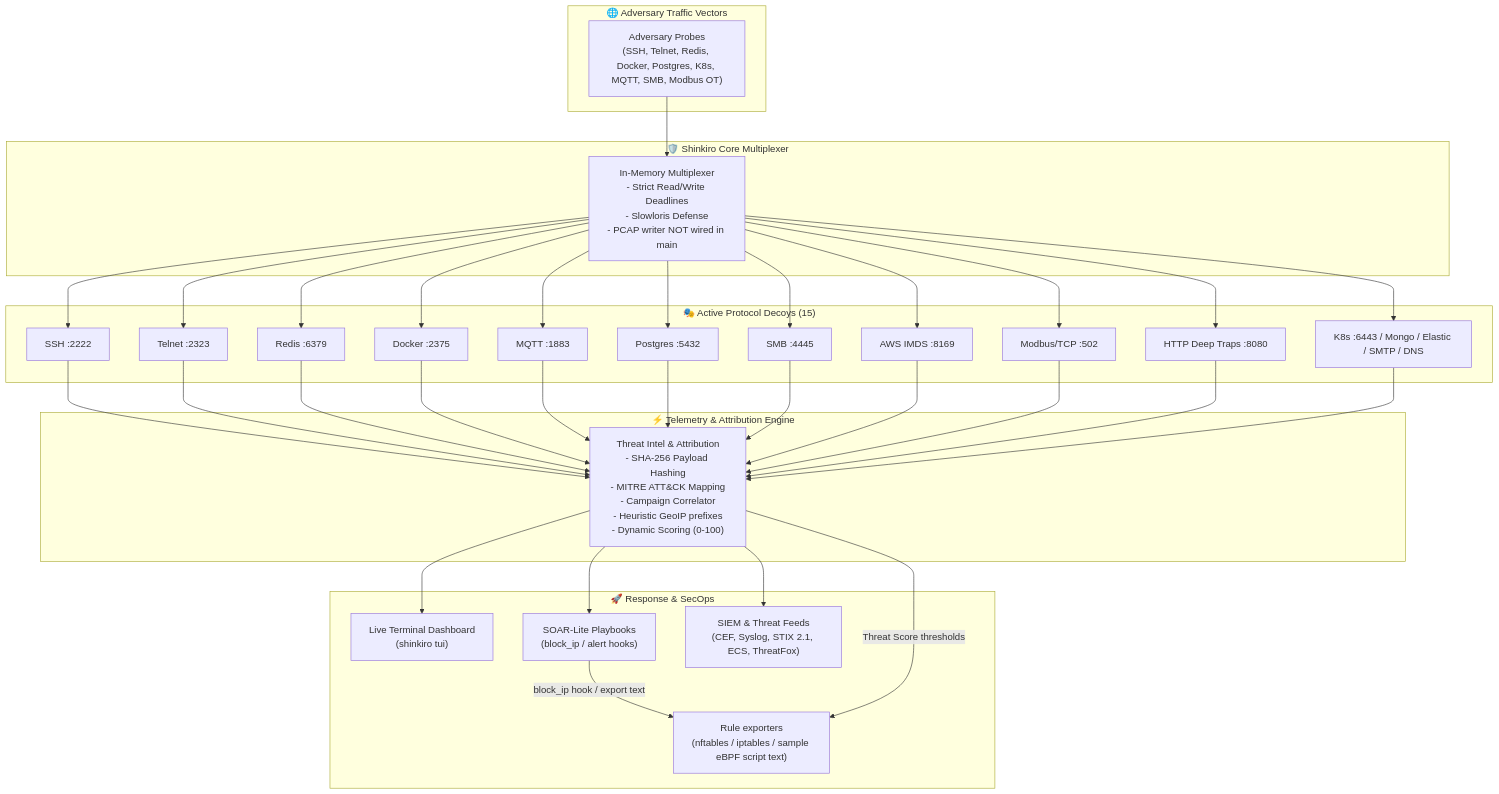
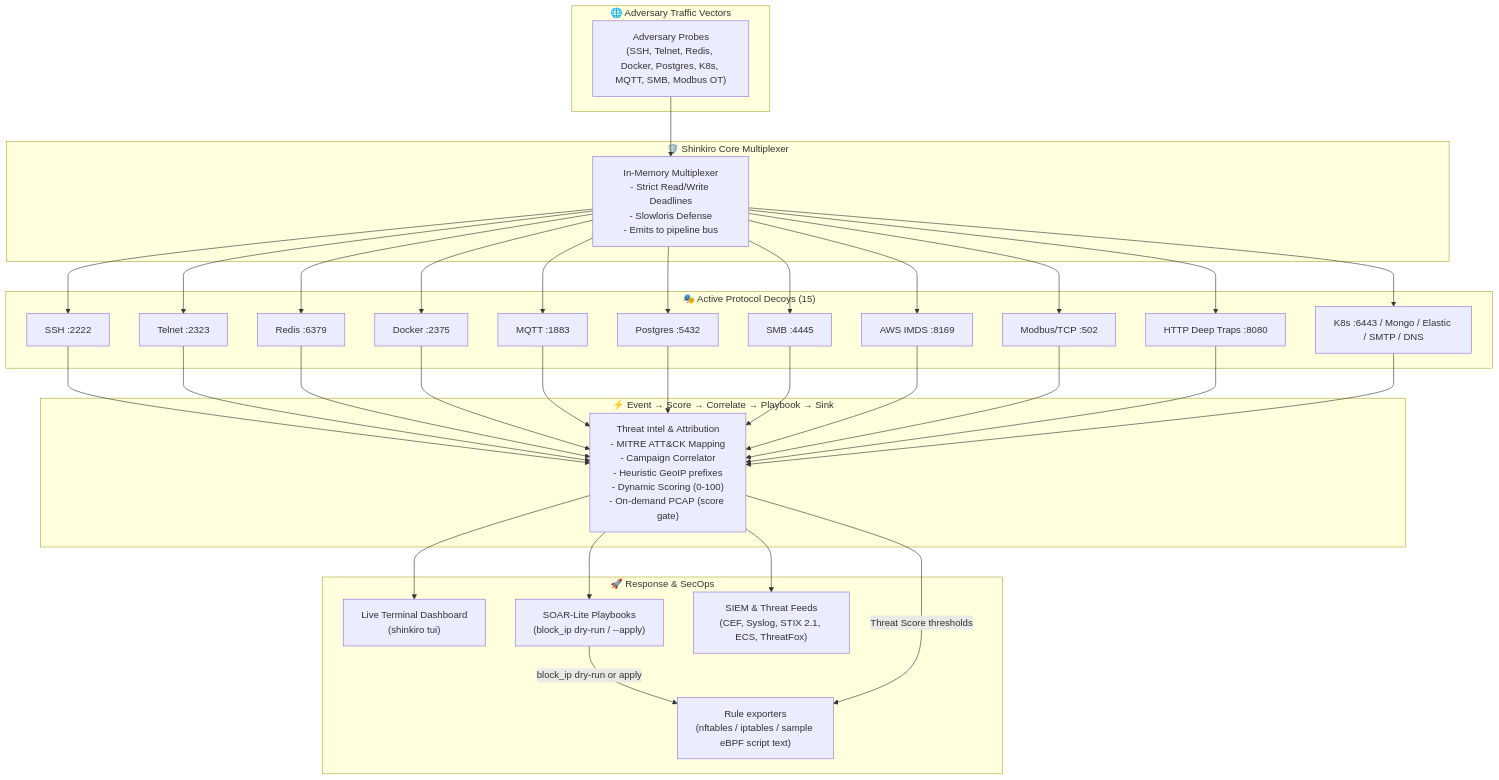
One commit to Haiagari/shinkiro changed the diagram in README.md. Above: the diagram before and after it, drawn with Mermaid. The commit also changed other lines of this file and 14 other files, not shown here.

First line of the commit message:
feat: event pipeline, SOAR block_ip dry-run/apply, on-demand PCAP (#11)

````diff
--- a/README.md
+++ b/README.md
@@ -40,66 +42,66 @@
 ```mermaid
 graph TD
     subgraph Adversary ["🌐 Adversary Traffic Vectors"]
         Attacker["Adversary Probes<br/>(SSH, Telnet, Redis, Docker, Postgres, K8s, MQTT, SMB, Modbus OT)"]
     end
 
     subgraph Core ["🛡️ Shinkiro Core Multiplexer"]
-        Mux["In-Memory Multiplexer<br/>- Strict Read/Write Deadlines<br/>- Slowloris Defense<br/>- PCAP writer NOT wired in main"]
+        Mux["In-Memory Multiplexer<br/>- Strict Read/Write Deadlines<br/>- Slowloris Defense<br/>- Emits to pipeline bus"]
     end
 
     subgraph Decoys ["🎭 Active Protocol Decoys (15)"]
         D1["SSH :2222"]
         D2["Telnet :2323"]
         D3["Redis :6379"]
         D4["Docker :2375"]
         D5["MQTT :1883"]
         D6["Postgres :5432"]
         D7["SMB :4445"]
         D8["AWS IMDS :8169"]
         D9["Modbus/TCP :502"]
         D10["HTTP Deep Traps :8080"]
         D11["K8s :6443 / Mongo / Elastic / SMTP / DNS"]
     end
 
-    subgraph Pipeline ["⚡ Telemetry & Attribution Engine"]
-        Intel["Threat Intel & Attribution<br/>- SHA-256 Payload Hashing<br/>- MITRE ATT&CK Mapping<br/>- Campaign Correlator<br/>- Heuristic GeoIP prefixes<br/>- Dynamic Scoring (0-100)"]
+    subgraph Pipeline ["⚡ Event → Score → Correlate → Playbook → Sink"]
+        Intel["Threat Intel & Attribution<br/>- MITRE ATT&CK Mapping<br/>- Campaign Correlator<br/>- Heuristic GeoIP prefixes<br/>- Dynamic Scoring (0-100)<br/>- On-demand PCAP (score gate)"]
     end
 
     subgraph Defense ["🚀 Response & SecOps"]
         TUI["Live Terminal Dashboard<br/>(shinkiro tui)"]
-        SOAR["SOAR-Lite Playbooks<br/>(block_ip / alert hooks)"]
+        SOAR["SOAR-Lite Playbooks<br/>(block_ip dry-run / --apply)"]
         SIEM["SIEM & Threat Feeds<br/>(CEF, Syslog, STIX 2.1, ECS, ThreatFox)"]
         Drop["Rule exporters<br/>(nftables / iptables / sample eBPF script text)"]
     end
 
     Attacker --> Mux
     Mux --> D1
     Mux --> D2
     Mux --> D3
     Mux --> D4
     Mux --> D5
     Mux --> D6
     Mux --> D7
     Mux --> D8
     Mux --> D9
     Mux --> D10
     Mux --> D11
 
     D1 --> Intel
     D2 --> Intel
     D3 --> Intel
     D4 --> Intel
     D5 --> Intel
     D6 --> Intel
     D7 --> Intel
     D8 --> Intel
     D9 --> Intel
     D10 --> Intel
     D11 --> Intel
 
     Intel --> TUI
     Intel --> SOAR
     Intel --> SIEM
-    SOAR -->|block_ip hook / export text| Drop
+    SOAR -->|block_ip dry-run or apply| Drop
     Intel -->|Threat Score thresholds| Drop
 ```
````
